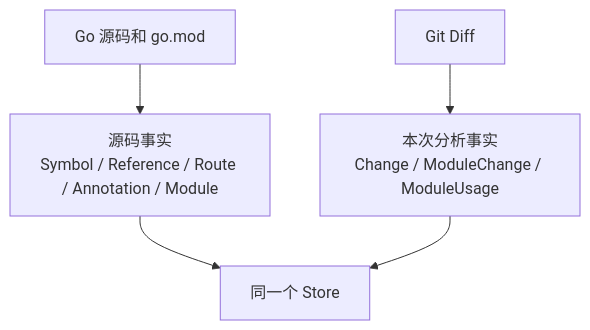
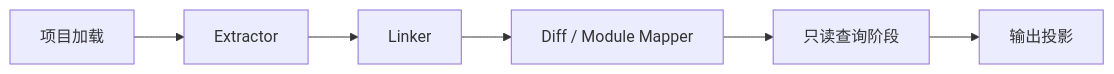
Before and after one commit to Flying-Bird1999/go-analyzer: diagram 11 of 17 in TECH-DESIGN-impact-analysis.md, drawn with Mermaid. The commit also changed other lines of this file and 1 other file, not shown here.

````diff
--- a/TECH-DESIGN-impact-analysis.md
+++ b/TECH-DESIGN-impact-analysis.md
@@ -464,11 +777,11 @@
 ```mermaid
-flowchart TB
-    SOURCE["Go 源码和 go.mod"]
-    CODEFACTS["源码事实<br/>Symbol / Reference / Route / Annotation / Module"]
-    DIFF["Git Diff"]
-    CHANGEFACTS["本次分析事实<br/>Change / ModuleChange / ModuleUsage"]
-    STORE["同一个 Store"]
+flowchart LR
+    LOAD["项目加载"]
+    EXTRACT["Extractor"]
+    LINK["Linker"]
+    MAP["Diff / Module Mapper"]
+    FREEZE["只读查询阶段"]
+    OUTPUT["输出投影"]
 
-    SOURCE --> CODEFACTS --> STORE
-    DIFF --> CHANGEFACTS --> STORE
+    LOAD --> EXTRACT --> LINK --> MAP --> FREEZE --> OUTPUT
 ```
````
